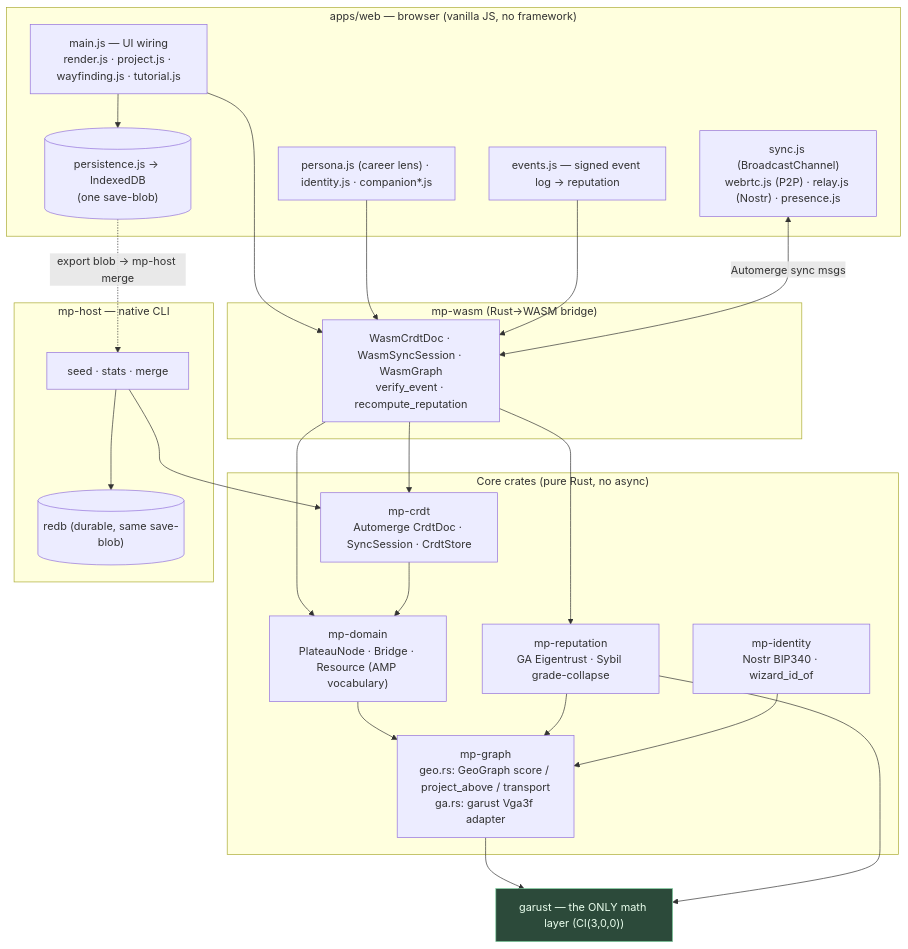
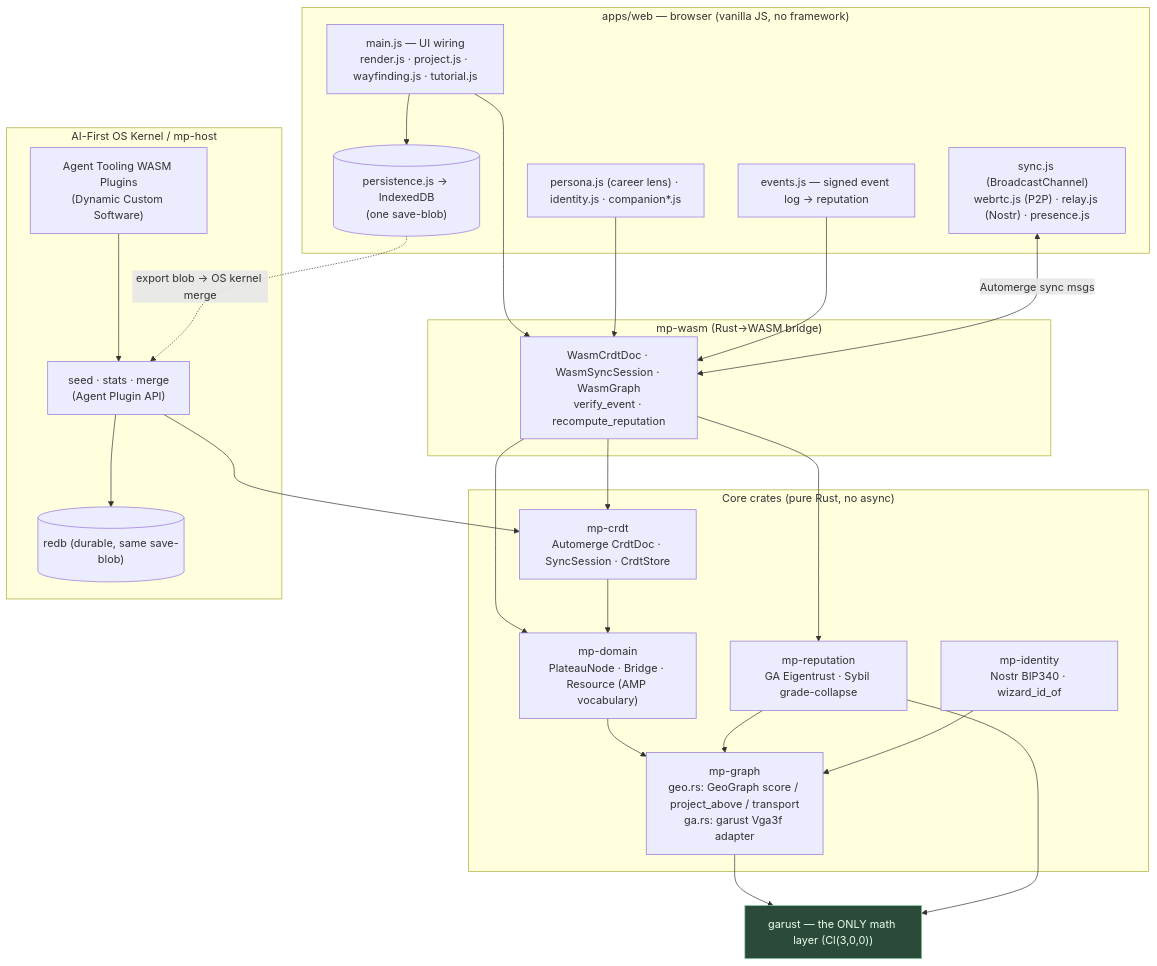
The second of 3 diagrams in ARCHITECTURE_DIAGRAM.md (westerngazoo/AMillionPlateaus), drawn with Mermaid before and after one commit. The commit also changed 9 other files, not shown here.

Commit message:
docs: Update architecture with AI-first OS kernel and Mermaid diagrams

````diff
--- a/ARCHITECTURE_DIAGRAM.md
+++ b/ARCHITECTURE_DIAGRAM.md
@@ -67,51 +67,53 @@
 ```mermaid
 flowchart TB
     subgraph BROWSER["apps/web — browser (vanilla JS, no framework)"]
         UI["main.js — UI wiring<br/>render.js · project.js · wayfinding.js · tutorial.js"]
         AUTH["persona.js (career lens) · identity.js · companion*.js"]
         TRANSPORTS["sync.js (BroadcastChannel)<br/>webrtc.js (P2P) · relay.js (Nostr) · presence.js"]
         EVENTS["events.js — signed event log → reputation"]
         IDB[("persistence.js → IndexedDB<br/>(one save-blob)")]
     end
 
     subgraph WASM["mp-wasm (Rust→WASM bridge)"]
         W["WasmCrdtDoc · WasmSyncSession · WasmGraph<br/>verify_event · recompute_reputation"]
     end
 
     subgraph CORE["Core crates (pure Rust, no async)"]
         DOM["mp-domain<br/>PlateauNode · Bridge · Resource (AMP vocabulary)"]
         GRAPH["mp-graph<br/>geo.rs: GeoGraph score / project_above / transport<br/>ga.rs: garust Vga3f adapter"]
         REP["mp-reputation<br/>GA Eigentrust · Sybil grade-collapse"]
         CRDT["mp-crdt<br/>Automerge CrdtDoc · SyncSession · CrdtStore"]
         ID["mp-identity<br/>Nostr BIP340 · wizard_id_of"]
     end
 
-    subgraph NATIVE["mp-host — native CLI"]
-        HOST["seed · stats · merge"]
+    subgraph OS_KERNEL["AI-First OS Kernel / mp-host"]
+        HOST["seed · stats · merge<br/>(Agent Plugin API)"]
+        AGENT["Agent Tooling WASM Plugins<br/>(Dynamic Custom Software)"]
         REDB[("redb (durable, same save-blob)")]
     end
 
     GARUST["garust — the ONLY math layer (Cl(3,0,0))"]
 
     UI --> W
     AUTH --> W
     EVENTS --> W
     TRANSPORTS <-->|Automerge sync msgs| W
     UI --> IDB
     W --> CRDT
     W --> DOM
     W --> REP
     DOM --> GRAPH
     REP --> GRAPH
     CRDT --> DOM
     ID --> GRAPH
     GRAPH --> GARUST
     REP --> GARUST
     HOST --> CRDT
     HOST --> REDB
-    IDB -. "export blob → mp-host merge" .-> HOST
+    AGENT --> HOST
+    IDB -. "export blob → OS kernel merge" .-> HOST
 
     classDef built fill:#1b2735,stroke:#4a6280,color:#d6e0ea;
     classDef math fill:#2c4a3a,stroke:#7fd0a0,color:#eaffee;
     class GARUST math;
 ```
````
